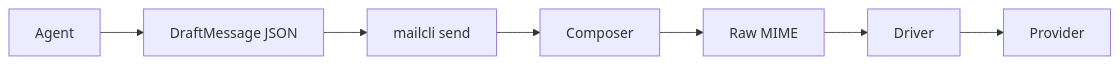
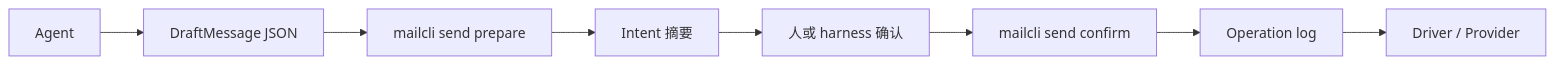
The fifth of 5 diagrams in docs/zh-CN/agent-workflows.md (nonozone/MailCli), drawn with Mermaid before and after one commit. The commit also changed other lines of this file and 18 other files, not shown here.

Commit message:
feat: add send intent confirmation and operation logs

````diff
--- a/docs/zh-CN/agent-workflows.md
+++ b/docs/zh-CN/agent-workflows.md
@@ -249,9 +249,10 @@
 ```mermaid
 flowchart LR
   A["Agent"] --> B["DraftMessage JSON"]
-  B --> C["mailcli send"]
-  C --> D["Composer"]
-  D --> E["Raw MIME"]
-  E --> F["Driver"]
-  F --> G["Provider"]
+  B --> C["mailcli send prepare"]
+  C --> D["Intent 摘要"]
+  D --> E["人或 harness 确认"]
+  E --> F["mailcli send confirm"]
+  F --> G["Operation log"]
+  G --> H["Driver / Provider"]
 ```
````
